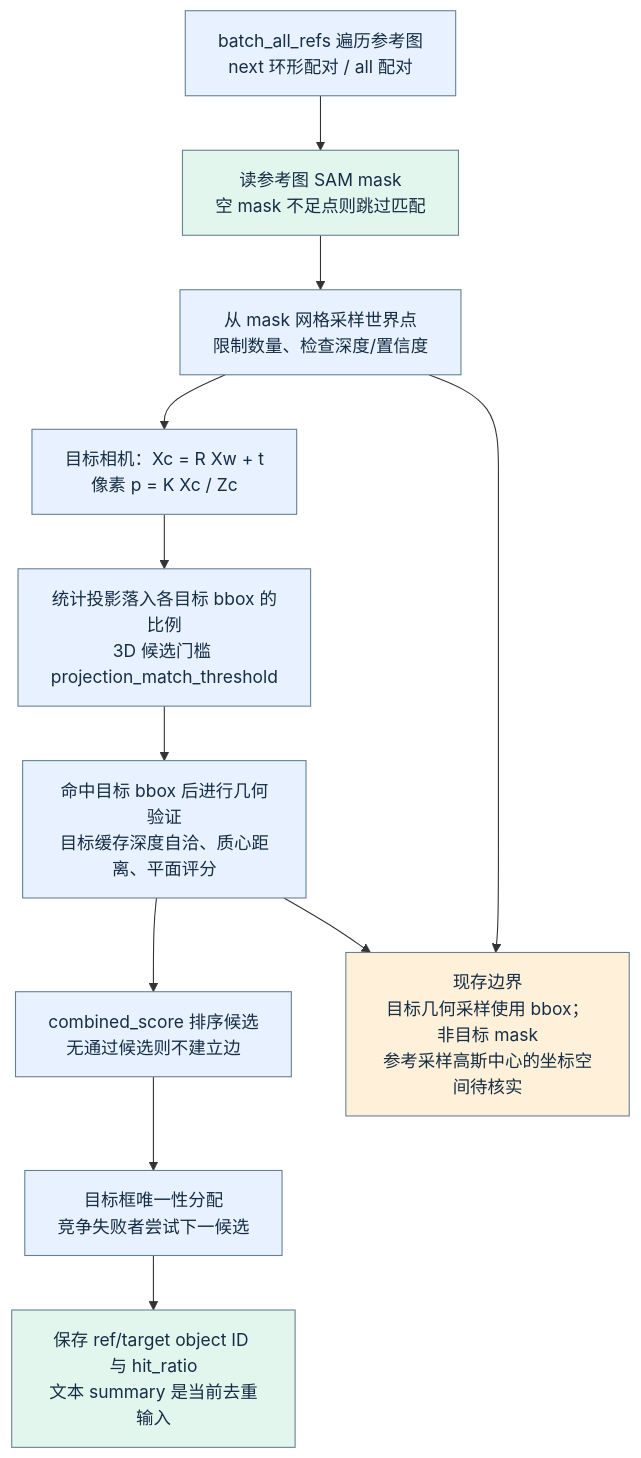
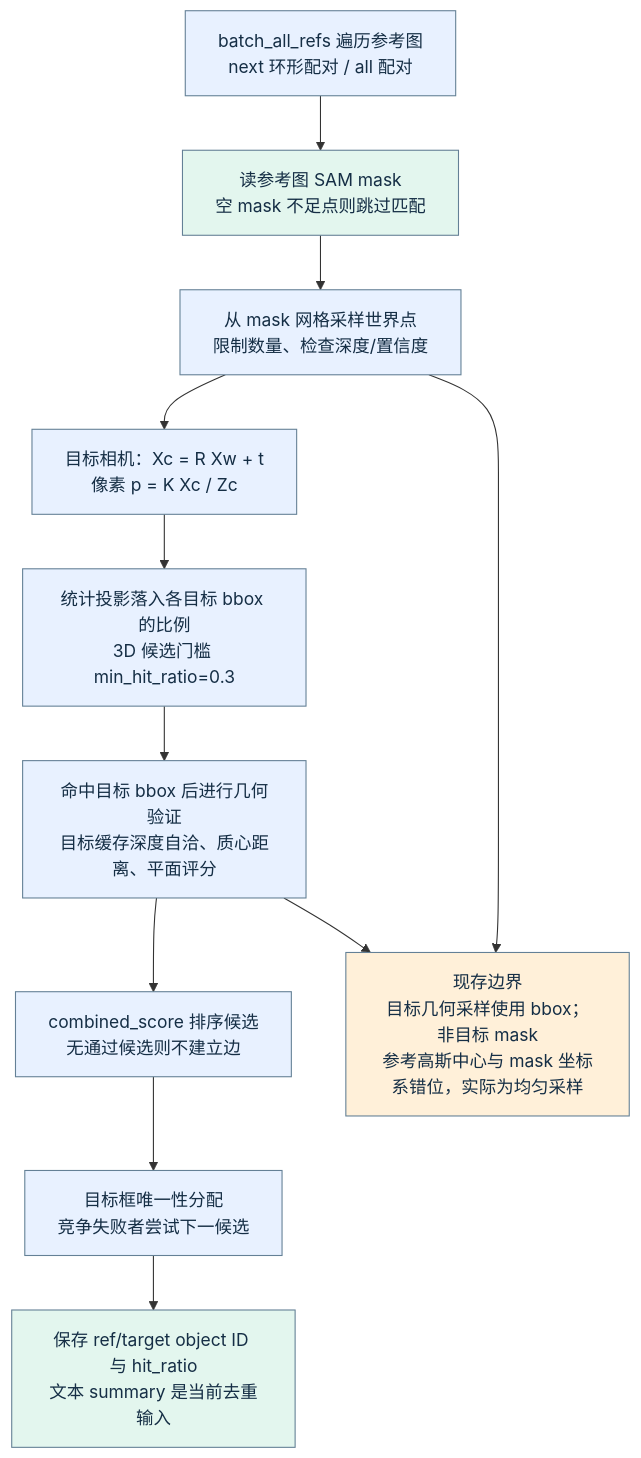
The second of 5 diagrams in docs/3d_dedup_flowcharts.md (EinheitCxy/3D-SKU-detection), drawn with Mermaid before and after one commit. The commit also changed other lines of this file and 6 other files, not shown here.

First line of the commit message:
refactor(matching): merge hit-ratio gates and drop no-op params

````diff
--- a/docs/3d_dedup_flowcharts.md
+++ b/docs/3d_dedup_flowcharts.md
@@ -72,32 +72,32 @@
 ```mermaid
 flowchart TB
     accTitle: 匹配：每对图片如何建立候选边
     accDescr: 当前源码对应的匹配：每对图片如何建立候选边，橙色节点表示缺陷或限制。
     refs["batch_all_refs 遍历参考图<br/>next 环形配对 / all 配对"]
     mask["读参考图 SAM mask<br/>空 mask 不足点则跳过匹配"]
     sample["从 mask 网格采样世界点<br/>限制数量、检查深度/置信度"]
     project["目标相机：Xc = R Xw + t<br/>像素 p = K Xc / Zc"]
-    hit["统计投影落入各目标 bbox 的比例<br/>3D 候选门槛 projection_match_threshold"]
+    hit["统计投影落入各目标 bbox 的比例<br/>3D 候选门槛 min_hit_ratio=0.3"]
     geometry["命中目标 bbox 后进行几何验证<br/>目标缓存深度自洽、质心距离、平面评分"]
     rank["combined_score 排序候选<br/>无通过候选则不建立边"]
     unique["目标框唯一性分配<br/>竞争失败者尝试下一候选"]
     save["保存 ref/target object ID 与 hit_ratio<br/>文本 summary 是当前去重输入"]
-    limits["现存边界<br/>目标几何采样使用 bbox；非目标 mask<br/>参考采样高斯中心的坐标空间待核实"]
+    limits["现存边界<br/>目标几何采样使用 bbox；非目标 mask<br/>参考高斯中心与 mask 坐标系错位，实际为均匀采样"]
     refs --> mask
     mask --> sample
     sample --> project
     project --> hit
     hit --> geometry
     geometry --> rank
     rank --> unique
     unique --> save
     sample --> limits
     geometry --> limits
     classDef step fill:#e8f1ff,stroke:#648096,color:#152e45
     class refs,sample,project,hit,geometry,rank,unique step
     classDef data fill:#e3f6ee,stroke:#648096,color:#152e45
     class mask,save data
     classDef warn fill:#fff0d9,stroke:#648096,color:#152e45
     class limits warn
     classDef decision fill:#eee6ff,stroke:#648096,color:#152e45
 ```
````
